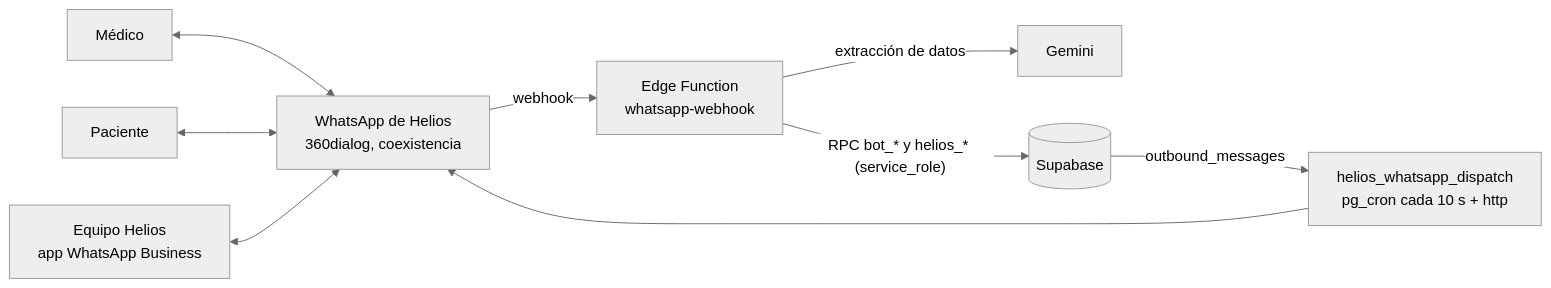
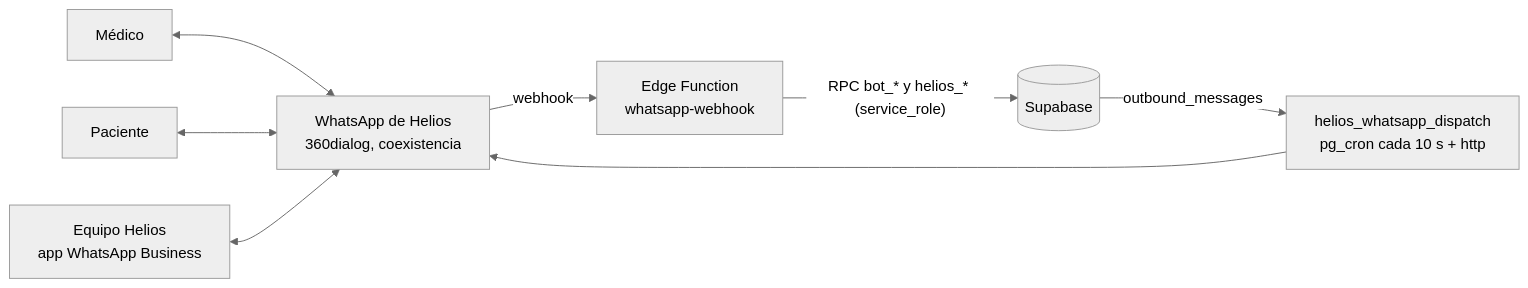
The second of 2 diagrams in docs/00-PLAN-DE-IMPLEMENTACION.md (Jcarvajal3/Helios), drawn with Mermaid (neutral theme) before and after one commit. The commit also changed other lines of this file and 4 other files, not shown here.

````diff
--- a/docs/00-PLAN-DE-IMPLEMENTACION.md
+++ b/docs/00-PLAN-DE-IMPLEMENTACION.md
@@ -807,11 +806,10 @@
 ```mermaid
 flowchart LR
   M[Médico] <--> W[WhatsApp de Helios<br/>360dialog, coexistencia]
   P[Paciente] <--> W
   E[Equipo Helios<br/>app WhatsApp Business] <--> W
   W -- webhook --> F[Edge Function<br/>whatsapp-webhook]
-  F -- extracción de datos --> A[Gemini]
   F -- "RPC bot_* y helios_* (service_role)" --> DB[(Supabase)]
   DB -- outbound_messages --> D[helios_whatsapp_dispatch<br/>pg_cron cada 10 s + http]
   D --> W
 ```
````
